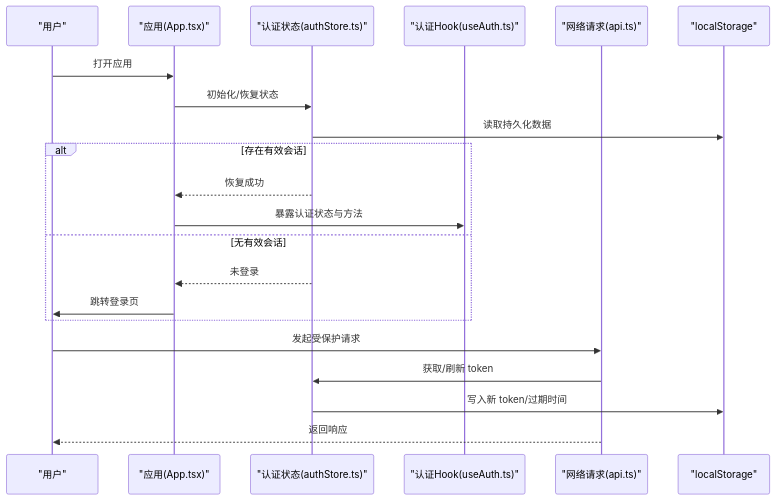
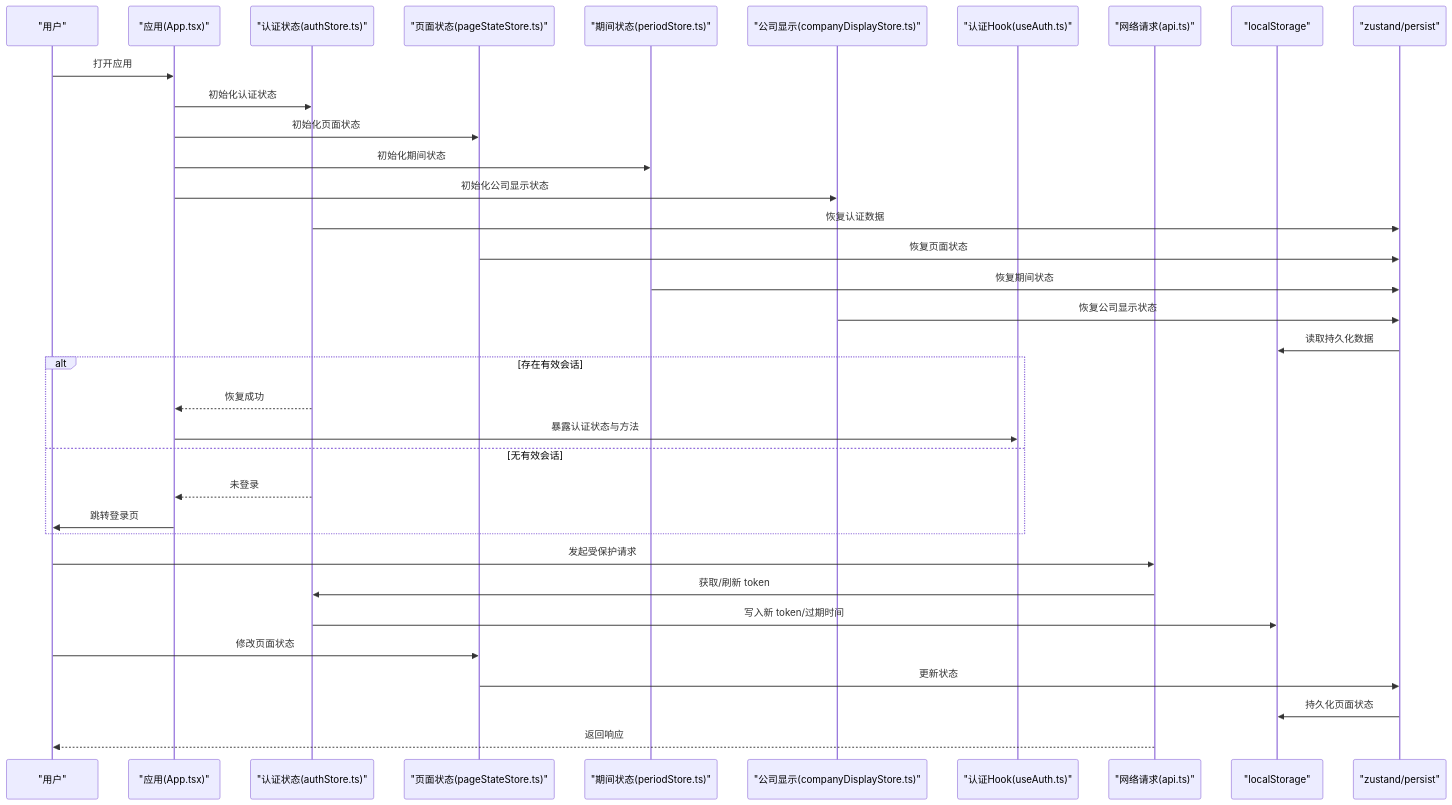
The second of 7 diagrams in .qoder/repowiki/zh/content/架构设计/状态管理/状态持久化.md (Damao997/newproject), drawn with Mermaid before and after one commit. The commit also changed other lines of this file and 22 other files, not shown here.

````diff
--- a/.qoder/repowiki/zh/content/架构设计/状态管理/状态持久化.md
+++ b/.qoder/repowiki/zh/content/架构设计/状态管理/状态持久化.md
@@ -129,23 +141,37 @@
 ```mermaid
 sequenceDiagram
 participant User as "用户"
 participant App as "应用(App.tsx)"
-participant Store as "认证状态(authStore.ts)"
+participant AuthStore as "认证状态(authStore.ts)"
+participant PageStore as "页面状态(pageStateStore.ts)"
+participant PeriodStore as "期间状态(periodStore.ts)"
+participant CompanyStore as "公司显示(companyDisplayStore.ts)"
 participant Hook as "认证Hook(useAuth.ts)"
 participant API as "网络请求(api.ts)"
 participant LS as "localStorage"
+participant Zustand as "zustand/persist"
 User->>App : 打开应用
-App->>Store : 初始化/恢复状态
-Store->>LS : 读取持久化数据
+App->>AuthStore : 初始化认证状态
+App->>PageStore : 初始化页面状态
+App->>PeriodStore : 初始化期间状态
+App->>CompanyStore : 初始化公司显示状态
+AuthStore->>Zustand : 恢复认证数据
+PageStore->>Zustand : 恢复页面状态
+PeriodStore->>Zustand : 恢复期间状态
+CompanyStore->>Zustand : 恢复公司显示状态
+Zustand->>LS : 读取持久化数据
 alt 存在有效会话
-Store-->>App : 恢复成功
+AuthStore-->>App : 恢复成功
 App->>Hook : 暴露认证状态与方法
 else 无有效会话
-Store-->>App : 未登录
+AuthStore-->>App : 未登录
 App->>User : 跳转登录页
 end
 User->>API : 发起受保护请求
-API->>Store : 获取/刷新 token
-Store->>LS : 写入新 token/过期时间
+API->>AuthStore : 获取/刷新 token
+AuthStore->>LS : 写入新 token/过期时间
+User->>PageStore : 修改页面状态
+PageStore->>Zustand : 更新状态
+Zustand->>LS : 持久化页面状态
 API-->>User : 返回响应
 ```
````
